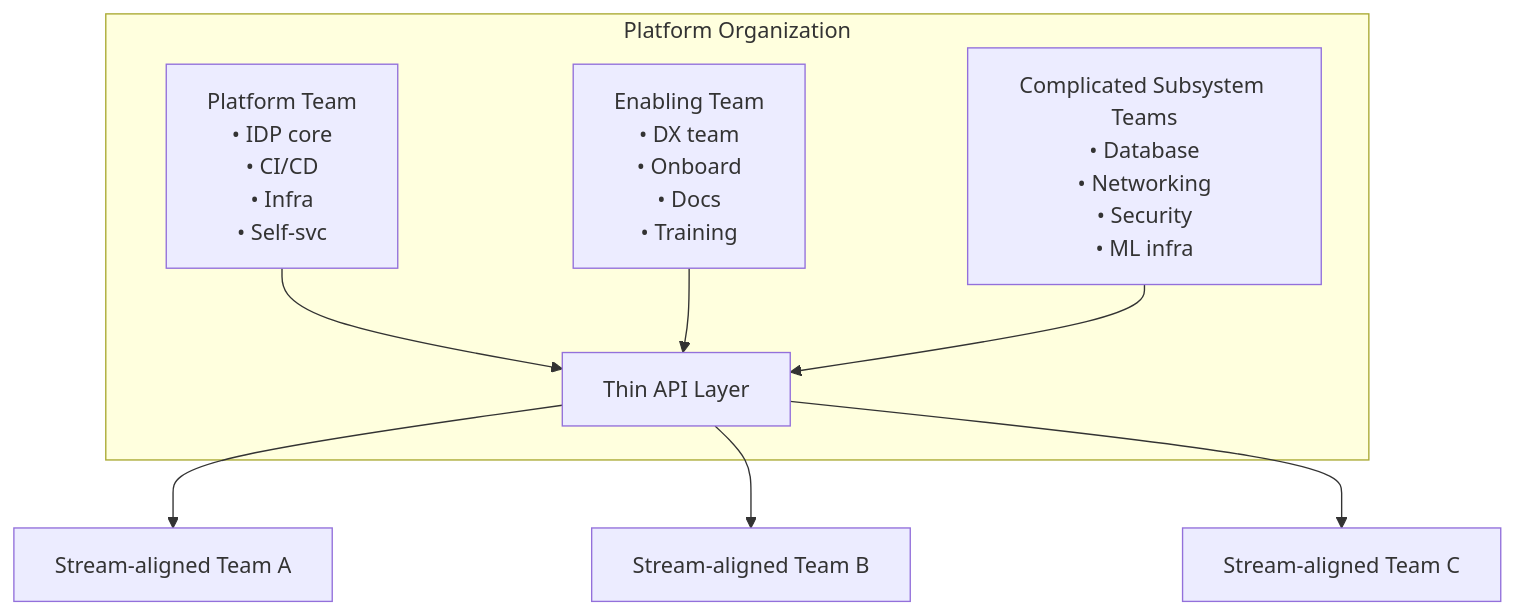
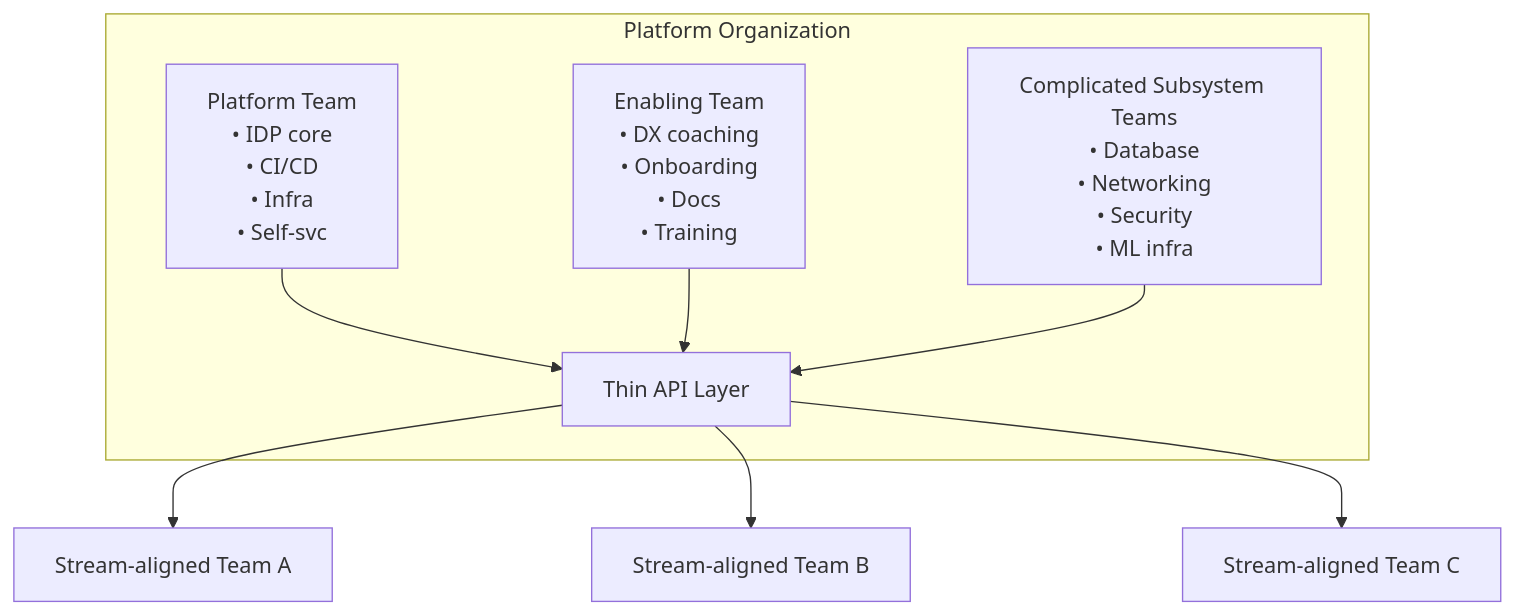
Before and after one commit to kube-dojo/kube-dojo: the first of 3 diagrams in src/content/docs/platform/disciplines/core-platform/leadership/module-1.1-platform-team-building.md, drawn with Mermaid. The commit also changed other lines of this file, not shown here.

Commit message:
content(platform): expand leadership module-1.1-platform-team-building to T0 (disciplines #1953)

````diff
--- a/src/content/docs/platform/disciplines/core-platform/leadership/module-1.1-platform-team-building.md
+++ b/src/content/docs/platform/disciplines/core-platform/leadership/module-1.1-platform-team-building.md
@@ -67,17 +49,17 @@
 ```mermaid
 graph TD
     subgraph PO[Platform Organization]
         PT["Platform Team<br/>• IDP core<br/>• CI/CD<br/>• Infra<br/>• Self-svc"]
-        ET["Enabling Team<br/>• DX team<br/>• Onboard<br/>• Docs<br/>• Training"]
+        ET["Enabling Team<br/>• DX coaching<br/>• Onboarding<br/>• Docs<br/>• Training"]
         CST["Complicated Subsystem Teams<br/>• Database<br/>• Networking<br/>• Security<br/>• ML infra"]
         API[Thin API Layer]
         
         PT --> API
         ET --> API
         CST --> API
     end
     
     API --> SA["Stream-aligned Team A"]
     API --> SB["Stream-aligned Team B"]
     API --> SC["Stream-aligned Team C"]
 ```
````
